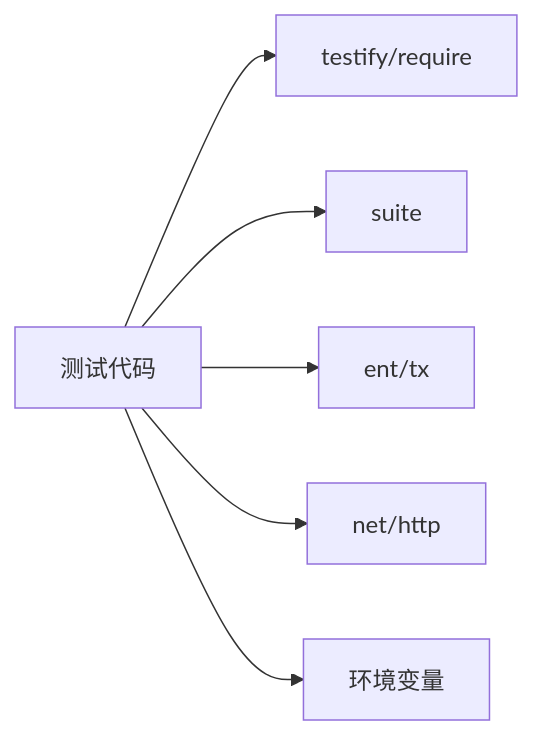
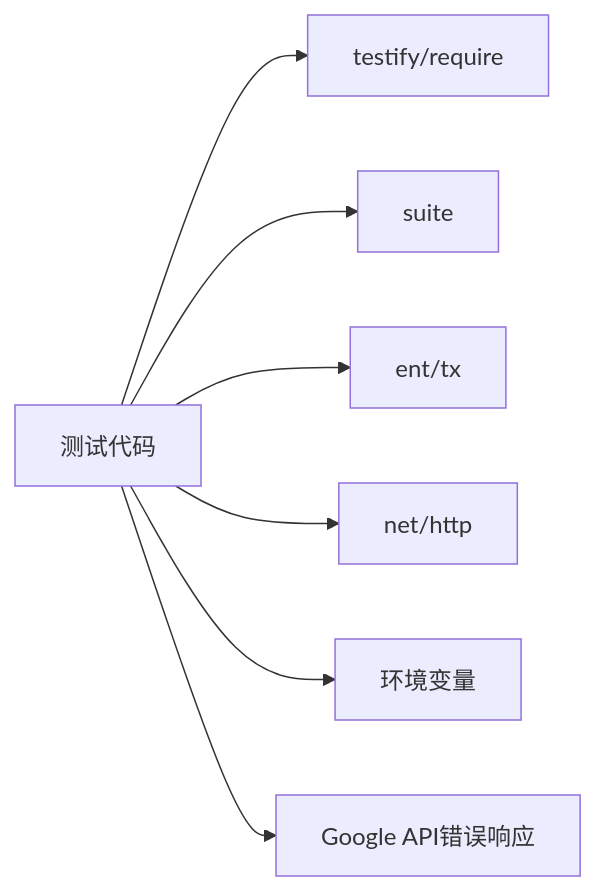
One commit to ai-poet/sub2api changed the tenth of 10 diagrams in .qoder/repowiki/zh/content/开发指南/测试策略与实施/后端测试.md. Above: the diagram before and after it, drawn with Mermaid. The commit also changed other lines of this file and 30 other files, not shown here.

````diff
--- a/.qoder/repowiki/zh/content/开发指南/测试策略与实施/后端测试.md
+++ b/.qoder/repowiki/zh/content/开发指南/测试策略与实施/后端测试.md
@@ -313,8 +415,9 @@
 ```mermaid
 graph LR
 TEST["测试代码"] --> TREQ["testify/require"]
 TEST --> SUITE["suite"]
 TEST --> ENT["ent/tx"]
 TEST --> HTTP["net/http"]
 TEST --> ENV["环境变量"]
+TEST --> GOOGLE["Google API错误响应"]
 ```
````
